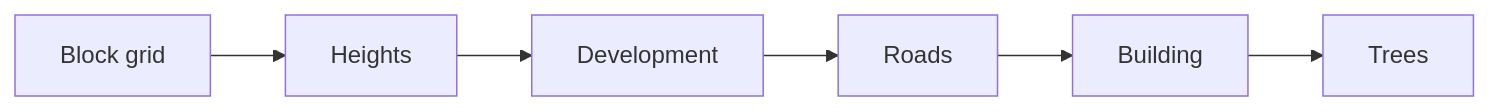
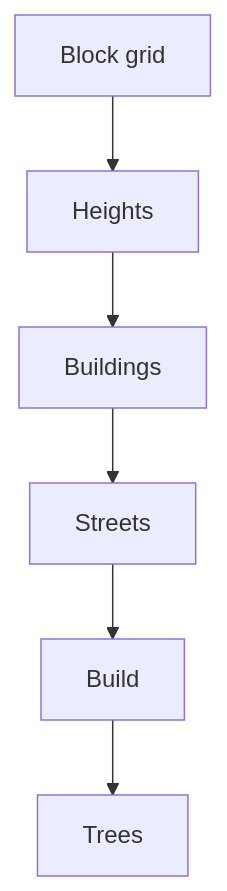
The third of 3 diagrams in kern/docs/book-yellow/05-scene-and-geometry.md (ChristianHohlfeld/kernengine.de), drawn with Mermaid before and after one commit. The commit also changed other lines of this file and 22 other files, not shown here.

````diff
--- a/kern/docs/book-yellow/05-scene-and-geometry.md
+++ b/kern/docs/book-yellow/05-scene-and-geometry.md
@@ -219,8 +364,9 @@
 ```mermaid
-flowchart LR
+%% Caption: The procedural city comes about in six steps
+flowchart TB
   A["Block grid"] --> B["Heights"]
-  B --> C["Development"]
-  C --> D["Roads"]
-  D --> E["Building"]
+  B --> C["Buildings"]
+  C --> D["Streets"]
+  D --> E["Build"]
   E --> F["Trees"]
 ```
````
